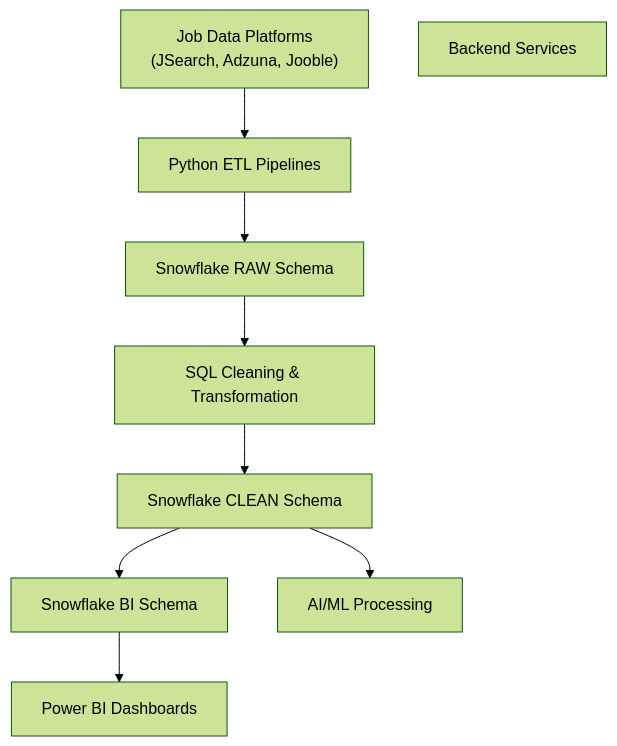
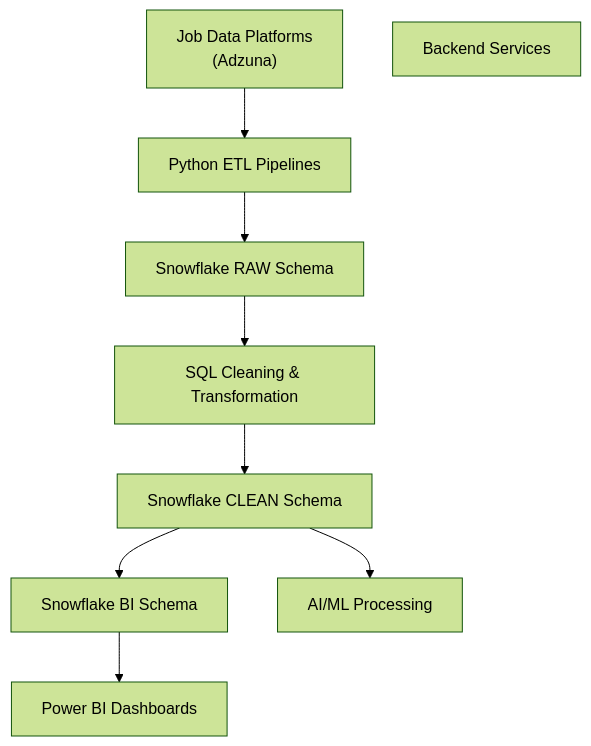
Before and after one commit to DARSHAN0603NA/Remote--Staffing-System-Project: the diagram in data-engineering/Architecture/Data Engineer Architecture.md, drawn with Mermaid (forest theme).

Commit message:
Update Data Engineer Architecture.md

````diff
--- a/data-engineering/Architecture/Data Engineer Architecture.md
+++ b/data-engineering/Architecture/Data Engineer Architecture.md
@@ -13,21 +13,21 @@
 ```mermaid
 flowchart TD
 
-    Job_Platforms["Job Data Platforms<br/>(JSearch, Adzuna, Jooble)"]
+    Job_Platforms["Job Data Platforms<br/>(Adzuna)"]
     ETL["Python ETL Pipelines"]
     RAW["Snowflake RAW Schema"]
     CLEANING["SQL Cleaning & Transformation"]
     CLEAN["Snowflake CLEAN Schema"]
     BI["Snowflake BI Schema"]
     PowerBI["Power BI Dashboards"]
     AI["AI/ML Processing"]
     Backend["Backend Services"]
 
     Job_Platforms --> ETL
     ETL --> RAW
     RAW --> CLEANING
     CLEANING --> CLEAN
     CLEAN --> BI
     BI --> PowerBI
     CLEAN --> AI
 ```
````
